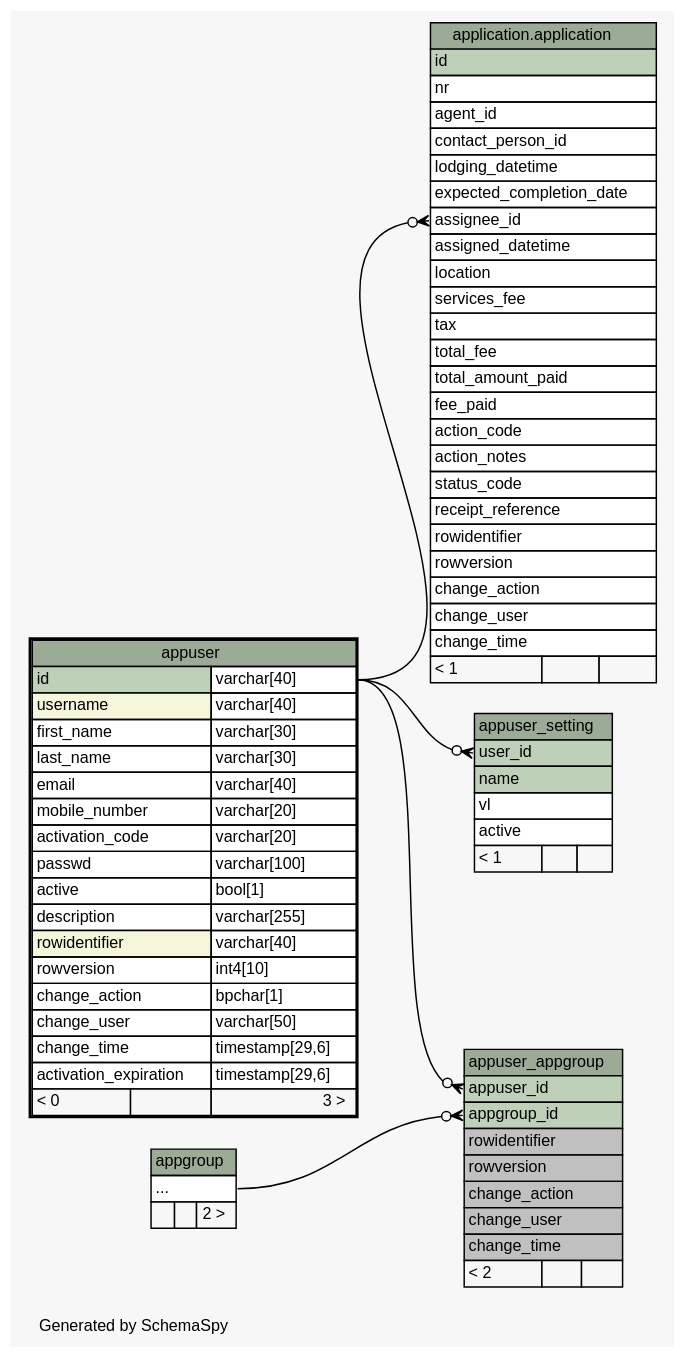
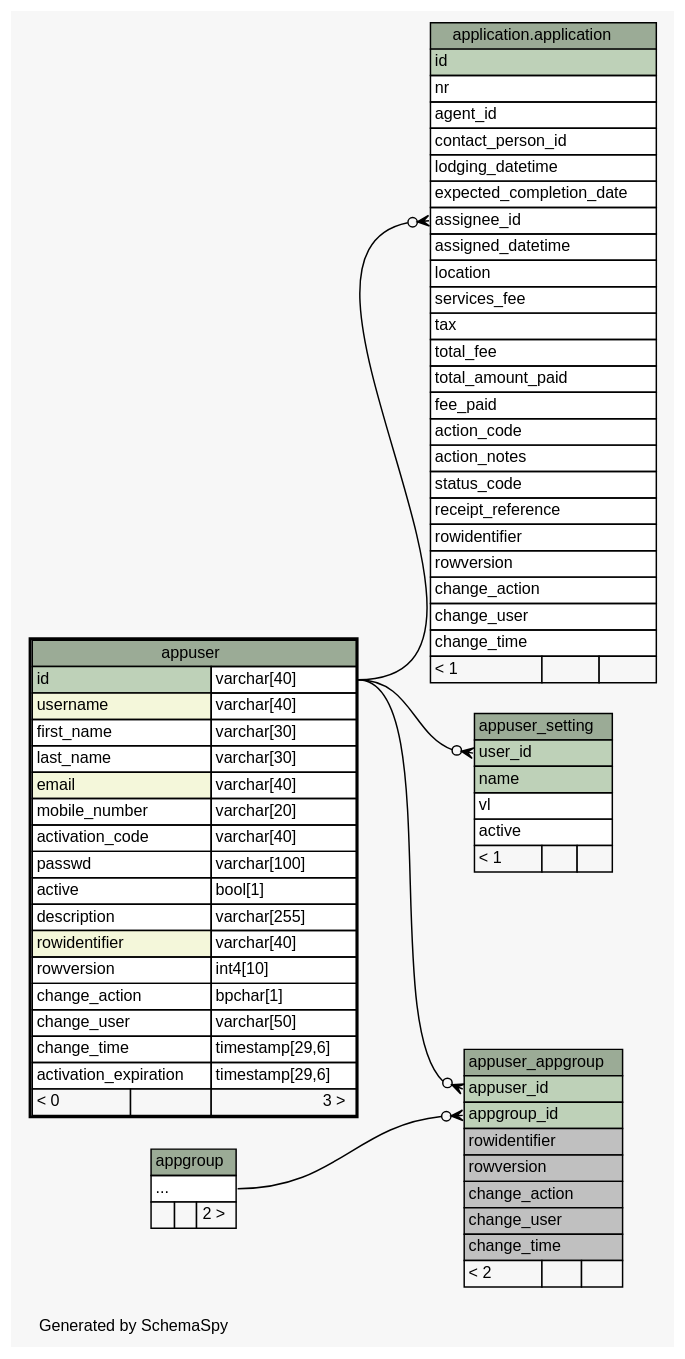
The diagram in doc/system/diagrams/appuser.2degrees.dot (SOLA-FAO/database_sola), drawn with Graphviz before and after one commit. The commit also changed 548 other files, not shown here.

```diff
--- a/doc/system/diagrams/appuser.2degrees.dot
+++ b/doc/system/diagrams/appuser.2degrees.dot
@@ -1,122 +1,122 @@
 // dot 2.36.0 on Windows 7 6.1
 // SchemaSpy rev 590
 digraph "twoDegreesRelationshipsDiagram" {
   graph [
     rankdir="RL"
     bgcolor="#f7f7f7"
     label="\nGenerated by SchemaSpy"
     labeljust="l"
     nodesep="0.18"
     ranksep="0.46"
     fontname="Helvetica"
     fontsize="11"
   ];
   node [
     fontname="Helvetica"
     fontsize="11"
     shape="plaintext"
   ];
   edge [
     arrowsize="0.8"
   ];
   "application.application":"assignee_id":w -> "appuser":"id.type":e [arrowhead=none dir=back arrowtail=crowodot];
   "appuser_appgroup":"appgroup_id":w -> "appgroup":"elipses":e [arrowhead=none dir=back arrowtail=crowodot];
   "appuser_appgroup":"appuser_id":w -> "appuser":"id.type":e [arrowhead=none dir=back arrowtail=crowodot];
   "appuser_setting":"user_id":w -> "appuser":"id.type":e [arrowhead=none dir=back arrowtail=crowodot];
   "appgroup" [
     label=<
     <TABLE BORDER="0" CELLBORDER="1" CELLSPACING="0" BGCOLOR="#ffffff">
       <TR><TD COLSPAN="3" BGCOLOR="#9bab96" ALIGN="CENTER">appgroup</TD></TR>
       <TR><TD PORT="elipses" COLSPAN="3" ALIGN="LEFT">...</TD></TR>
       <TR><TD ALIGN="LEFT" BGCOLOR="#f7f7f7">  </TD><TD ALIGN="RIGHT" BGCOLOR="#f7f7f7">  </TD><TD ALIGN="RIGHT" BGCOLOR="#f7f7f7">2 &gt;</TD></TR>
     </TABLE>>
     URL="appgroup.html"
     tooltip="appgroup"
   ];
   "application.application" [
     label=<
     <TABLE BORDER="0" CELLBORDER="1" CELLSPACING="0" BGCOLOR="#ffffff">
       <TR><TD COLSPAN="3" BGCOLOR="#9bab96" ALIGN="CENTER">application.application</TD></TR>
       <TR><TD PORT="id" COLSPAN="3" BGCOLOR="#bed1b8" ALIGN="LEFT">id</TD></TR>
       <TR><TD PORT="nr" COLSPAN="3" ALIGN="LEFT">nr</TD></TR>
       <TR><TD PORT="agent_id" COLSPAN="3" ALIGN="LEFT">agent_id</TD></TR>
       <TR><TD PORT="contact_person_id" COLSPAN="3" ALIGN="LEFT">contact_person_id</TD></TR>
       <TR><TD PORT="lodging_datetime" COLSPAN="3" ALIGN="LEFT">lodging_datetime</TD></TR>
       <TR><TD PORT="expected_completion_date" COLSPAN="3" ALIGN="LEFT">expected_completion_date</TD></TR>
       <TR><TD PORT="assignee_id" COLSPAN="3" ALIGN="LEFT">assignee_id</TD></TR>
       <TR><TD PORT="assigned_datetime" COLSPAN="3" ALIGN="LEFT">assigned_datetime</TD></TR>
       <TR><TD PORT="location" COLSPAN="3" ALIGN="LEFT">location</TD></TR>
       <TR><TD PORT="services_fee" COLSPAN="3" ALIGN="LEFT">services_fee</TD></TR>
       <TR><TD PORT="tax" COLSPAN="3" ALIGN="LEFT">tax</TD></TR>
       <TR><TD PORT="total_fee" COLSPAN="3" ALIGN="LEFT">total_fee</TD></TR>
       <TR><TD PORT="total_amount_paid" COLSPAN="3" ALIGN="LEFT">total_amount_paid</TD></TR>
       <TR><TD PORT="fee_paid" COLSPAN="3" ALIGN="LEFT">fee_paid</TD></TR>
       <TR><TD PORT="action_code" COLSPAN="3" ALIGN="LEFT">action_code</TD></TR>
       <TR><TD PORT="action_notes" COLSPAN="3" ALIGN="LEFT">action_notes</TD></TR>
       <TR><TD PORT="status_code" COLSPAN="3" ALIGN="LEFT">status_code</TD></TR>
       <TR><TD PORT="receipt_reference" COLSPAN="3" ALIGN="LEFT">receipt_reference</TD></TR>
       <TR><TD PORT="rowidentifier" COLSPAN="3" ALIGN="LEFT">rowidentifier</TD></TR>
       <TR><TD PORT="rowversion" COLSPAN="3" ALIGN="LEFT">rowversion</TD></TR>
       <TR><TD PORT="change_action" COLSPAN="3" ALIGN="LEFT">change_action</TD></TR>
       <TR><TD PORT="change_user" COLSPAN="3" ALIGN="LEFT">change_user</TD></TR>
       <TR><TD PORT="change_time" COLSPAN="3" ALIGN="LEFT">change_time</TD></TR>
       <TR><TD ALIGN="LEFT" BGCOLOR="#f7f7f7">&lt; 1</TD><TD ALIGN="RIGHT" BGCOLOR="#f7f7f7">  </TD><TD ALIGN="RIGHT" BGCOLOR="#f7f7f7">  </TD></TR>
     </TABLE>>
     URL="../../application/tables/application.html"
     tooltip="application.application"
   ];
   "appuser" [
     label=<
     <TABLE BORDER="2" CELLBORDER="1" CELLSPACING="0" BGCOLOR="#ffffff">
       <TR><TD COLSPAN="3" BGCOLOR="#9bab96" ALIGN="CENTER">appuser</TD></TR>
       <TR><TD PORT="id" COLSPAN="2" BGCOLOR="#bed1b8" ALIGN="LEFT">id</TD><TD PORT="id.type" ALIGN="LEFT">varchar[40]</TD></TR>
       <TR><TD PORT="username" COLSPAN="2" BGCOLOR="#f4f7da" ALIGN="LEFT">username</TD><TD PORT="username.type" ALIGN="LEFT">varchar[40]</TD></TR>
       <TR><TD PORT="first_name" COLSPAN="2" ALIGN="LEFT">first_name</TD><TD PORT="first_name.type" ALIGN="LEFT">varchar[30]</TD></TR>
       <TR><TD PORT="last_name" COLSPAN="2" ALIGN="LEFT">last_name</TD><TD PORT="last_name.type" ALIGN="LEFT">varchar[30]</TD></TR>
-      <TR><TD PORT="email" COLSPAN="2" ALIGN="LEFT">email</TD><TD PORT="email.type" ALIGN="LEFT">varchar[40]</TD></TR>
+      <TR><TD PORT="email" COLSPAN="2" BGCOLOR="#f4f7da" ALIGN="LEFT">email</TD><TD PORT="email.type" ALIGN="LEFT">varchar[40]</TD></TR>
       <TR><TD PORT="mobile_number" COLSPAN="2" ALIGN="LEFT">mobile_number</TD><TD PORT="mobile_number.type" ALIGN="LEFT">varchar[20]</TD></TR>
-      <TR><TD PORT="activation_code" COLSPAN="2" ALIGN="LEFT">activation_code</TD><TD PORT="activation_code.type" ALIGN="LEFT">varchar[20]</TD></TR>
+      <TR><TD PORT="activation_code" COLSPAN="2" ALIGN="LEFT">activation_code</TD><TD PORT="activation_code.type" ALIGN="LEFT">varchar[40]</TD></TR>
       <TR><TD PORT="passwd" COLSPAN="2" ALIGN="LEFT">passwd</TD><TD PORT="passwd.type" ALIGN="LEFT">varchar[100]</TD></TR>
       <TR><TD PORT="active" COLSPAN="2" ALIGN="LEFT">active</TD><TD PORT="active.type" ALIGN="LEFT">bool[1]</TD></TR>
       <TR><TD PORT="description" COLSPAN="2" ALIGN="LEFT">description</TD><TD PORT="description.type" ALIGN="LEFT">varchar[255]</TD></TR>
       <TR><TD PORT="rowidentifier" COLSPAN="2" BGCOLOR="#f4f7da" ALIGN="LEFT">rowidentifier</TD><TD PORT="rowidentifier.type" ALIGN="LEFT">varchar[40]</TD></TR>
       <TR><TD PORT="rowversion" COLSPAN="2" ALIGN="LEFT">rowversion</TD><TD PORT="rowversion.type" ALIGN="LEFT">int4[10]</TD></TR>
       <TR><TD PORT="change_action" COLSPAN="2" ALIGN="LEFT">change_action</TD><TD PORT="change_action.type" ALIGN="LEFT">bpchar[1]</TD></TR>
       <TR><TD PORT="change_user" COLSPAN="2" ALIGN="LEFT">change_user</TD><TD PORT="change_user.type" ALIGN="LEFT">varchar[50]</TD></TR>
       <TR><TD PORT="change_time" COLSPAN="2" ALIGN="LEFT">change_time</TD><TD PORT="change_time.type" ALIGN="LEFT">timestamp[29,6]</TD></TR>
       <TR><TD PORT="activation_expiration" COLSPAN="2" ALIGN="LEFT">activation_expiration</TD><TD PORT="activation_expiration.type" ALIGN="LEFT">timestamp[29,6]</TD></TR>
       <TR><TD ALIGN="LEFT" BGCOLOR="#f7f7f7">&lt; 0</TD><TD ALIGN="RIGHT" BGCOLOR="#f7f7f7">  </TD><TD ALIGN="RIGHT" BGCOLOR="#f7f7f7">3 &gt;</TD></TR>
     </TABLE>>
     URL="appuser.html"
     tooltip="appuser"
   ];
   "appuser_appgroup" [
     label=<
     <TABLE BORDER="0" CELLBORDER="1" CELLSPACING="0" BGCOLOR="#ffffff">
       <TR><TD COLSPAN="3" BGCOLOR="#9bab96" ALIGN="CENTER">appuser_appgroup</TD></TR>
       <TR><TD PORT="appuser_id" COLSPAN="3" BGCOLOR="#bed1b8" ALIGN="LEFT">appuser_id</TD></TR>
       <TR><TD PORT="appgroup_id" COLSPAN="3" BGCOLOR="#bed1b8" ALIGN="LEFT">appgroup_id</TD></TR>
       <TR><TD PORT="rowidentifier" COLSPAN="3" BGCOLOR="#c0c0c0" ALIGN="LEFT">rowidentifier</TD></TR>
       <TR><TD PORT="rowversion" COLSPAN="3" BGCOLOR="#c0c0c0" ALIGN="LEFT">rowversion</TD></TR>
       <TR><TD PORT="change_action" COLSPAN="3" BGCOLOR="#c0c0c0" ALIGN="LEFT">change_action</TD></TR>
       <TR><TD PORT="change_user" COLSPAN="3" BGCOLOR="#c0c0c0" ALIGN="LEFT">change_user</TD></TR>
       <TR><TD PORT="change_time" COLSPAN="3" BGCOLOR="#c0c0c0" ALIGN="LEFT">change_time</TD></TR>
       <TR><TD ALIGN="LEFT" BGCOLOR="#f7f7f7">&lt; 2</TD><TD ALIGN="RIGHT" BGCOLOR="#f7f7f7">  </TD><TD ALIGN="RIGHT" BGCOLOR="#f7f7f7">  </TD></TR>
     </TABLE>>
     URL="appuser_appgroup.html"
     tooltip="appuser_appgroup"
   ];
   "appuser_setting" [
     label=<
     <TABLE BORDER="0" CELLBORDER="1" CELLSPACING="0" BGCOLOR="#ffffff">
       <TR><TD COLSPAN="3" BGCOLOR="#9bab96" ALIGN="CENTER">appuser_setting</TD></TR>
       <TR><TD PORT="user_id" COLSPAN="3" BGCOLOR="#bed1b8" ALIGN="LEFT">user_id</TD></TR>
       <TR><TD PORT="name" COLSPAN="3" BGCOLOR="#bed1b8" ALIGN="LEFT">name</TD></TR>
       <TR><TD PORT="vl" COLSPAN="3" ALIGN="LEFT">vl</TD></TR>
       <TR><TD PORT="active" COLSPAN="3" ALIGN="LEFT">active</TD></TR>
       <TR><TD ALIGN="LEFT" BGCOLOR="#f7f7f7">&lt; 1</TD><TD ALIGN="RIGHT" BGCOLOR="#f7f7f7">  </TD><TD ALIGN="RIGHT" BGCOLOR="#f7f7f7">  </TD></TR>
     </TABLE>>
     URL="appuser_setting.html"
     tooltip="appuser_setting"
   ];
 }
```
